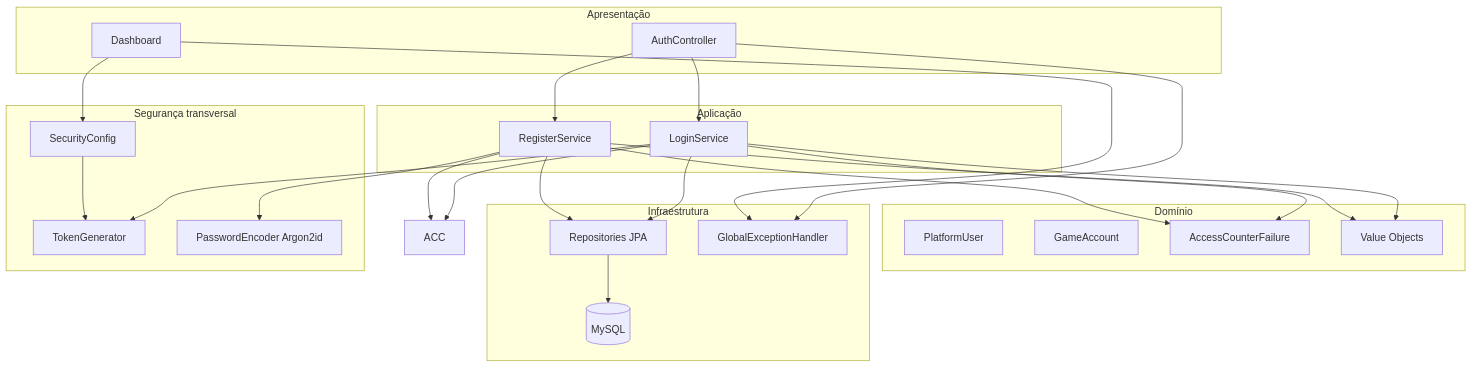
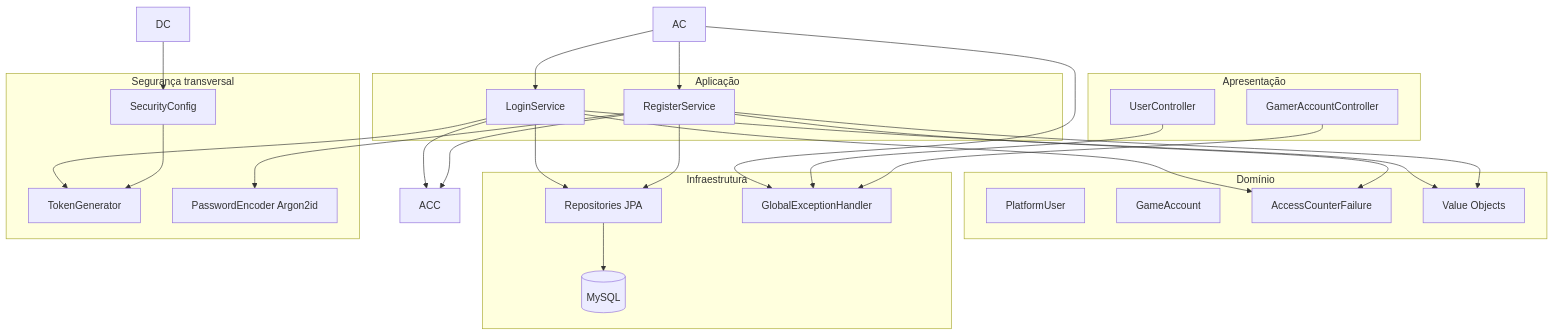
The second of 5 diagrams in ARCHITECTURE.md (Campos1987/mmorpg-platform-api), drawn with Mermaid before and after one commit. The commit also changed other lines of this file and 4 other files, not shown here.

Commit message:
docs: update API endpoints to use /user and /gamer instead of /dashboard

````diff
--- a/ARCHITECTURE.md
+++ b/ARCHITECTURE.md
@@ -66,41 +66,41 @@
 ```mermaid
 flowchart TB
     subgraph Apresentação
-        AC[AuthController]
-        DC[Dashboard]
+        UC[UserController]
+        GC[GamerAccountController]
     end
 
     subgraph Aplicação
         LS[LoginService]
         RS[RegisterService]
     end
 
     subgraph Domínio
         PU[PlatformUser]
         GA[GameAccount]
         ACF[AccessCounterFailure]
         VO[Value Objects]
     end
 
     subgraph Infraestrutura
         REPO[Repositories JPA]
         DB[(MySQL)]
         GEH[GlobalExceptionHandler]
     end
 
     subgraph Segurança transversal
         SC[SecurityConfig]
         TG[TokenGenerator]
         PE[PasswordEncoder Argon2id]
     end
 
     AC --> LS & RS
     DC --> SC
     LS & RS --> ACC & ACF & VO
     LS & RS --> REPO
     REPO --> DB
     LS --> TG
     RS --> PE
-    AC & DC --> GEH
+    AC & UC & GC --> GEH
     SC --> TG
 ```
````
